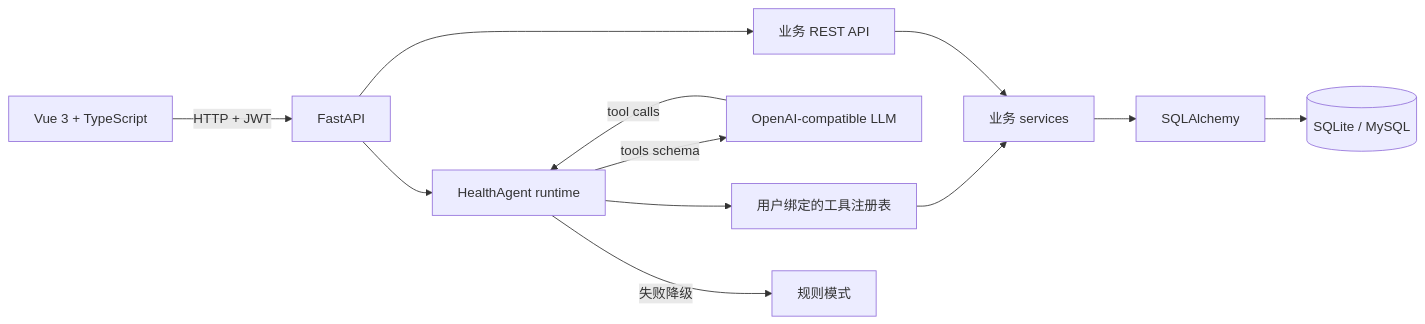
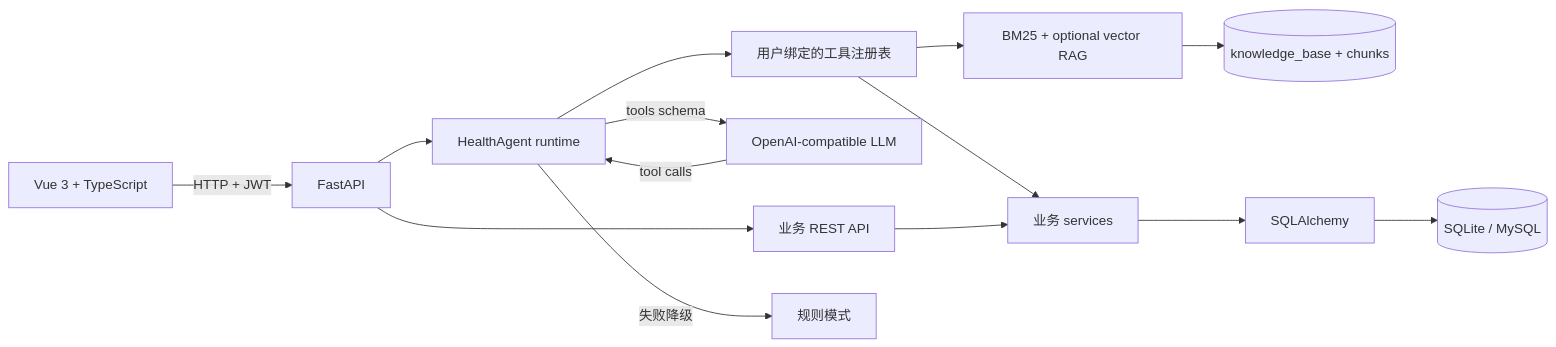
One commit to HSJ-BanFan/xiaoxueqi changed the diagram in README.md. Above: the diagram before and after it, drawn with Mermaid. The commit also changed other lines of this file and 34 other files, not shown here.

Commit message:
feat(rag): add grounded hybrid knowledge retrieval

```diff
--- a/README.md
+++ b/README.md
@@ -23,14 +24,16 @@
 ~~~mermaid
 flowchart LR
     UI[Vue 3 + TypeScript] -->|HTTP + JWT| API[FastAPI]
     API --> REST[业务 REST API]
     API --> AGENT[HealthAgent runtime]
     AGENT -->|tools schema| LLM[OpenAI-compatible LLM]
     LLM -->|tool calls| AGENT
     AGENT --> REGISTRY[用户绑定的工具注册表]
     REGISTRY --> SERVICES[业务 services]
+    REGISTRY --> RAG[BM25 + optional vector RAG]
+    RAG --> KB[(knowledge_base + chunks)]
     REST --> SERVICES
     SERVICES --> ORM[SQLAlchemy]
     ORM --> DB[(SQLite / MySQL)]
     AGENT -->|失败降级| FALLBACK[规则模式]
 ~~~
```
